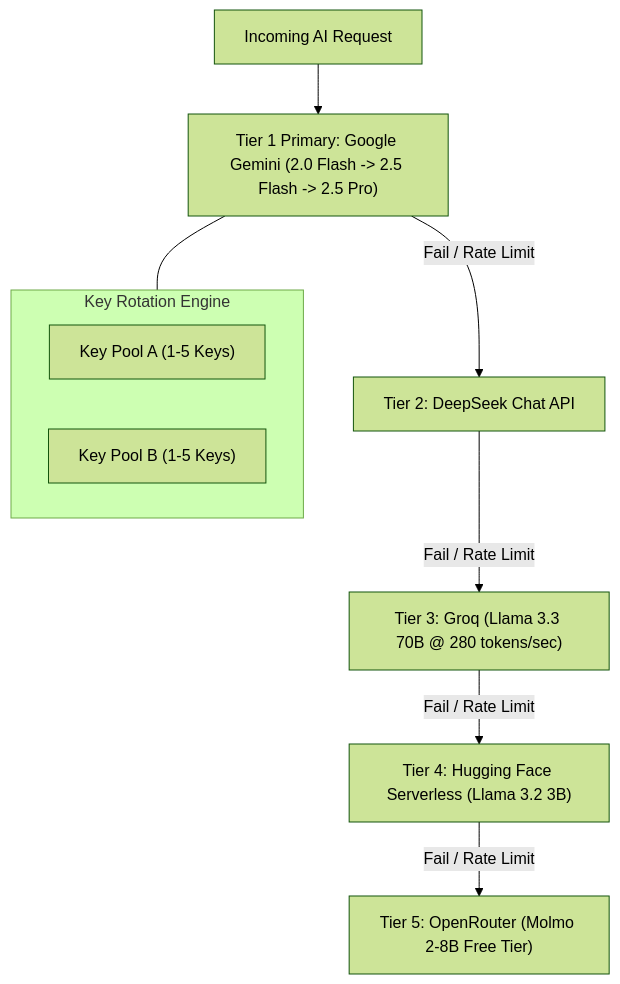
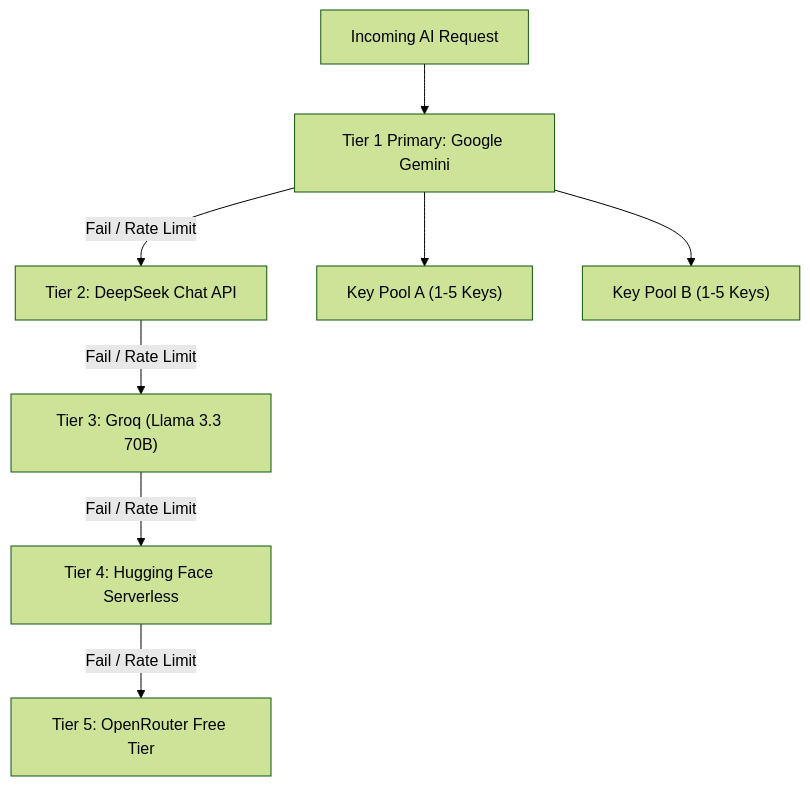
One commit to Qamber02/cherag changed the second of 3 diagrams in README.md. Above: the diagram before and after it, drawn with Mermaid (forest theme). The commit also changed other lines of this file, not shown here.

Commit message:
docs: audit README.md link validity, test numbers, rate limits, schema diagram and mermaid rendering

````diff
--- a/README.md
+++ b/README.md
@@ -214,14 +211,11 @@
 ```mermaid
-graph TD
-    Req["Incoming AI Request"] --> Tier1["Tier 1 Primary: Google Gemini (2.0 Flash -> 2.5 Flash -> 2.5 Pro)"]
+flowchart TD
+    Req["Incoming AI Request"] --> Tier1["Tier 1 Primary: Google Gemini"]
     Tier1 -- "Fail / Rate Limit" --> Tier2["Tier 2: DeepSeek Chat API"]
-    Tier2 -- "Fail / Rate Limit" --> Tier3["Tier 3: Groq (Llama 3.3 70B @ 280 tokens/sec)"]
-    Tier3 -- "Fail / Rate Limit" --> Tier4["Tier 4: Hugging Face Serverless (Llama 3.2 3B)"]
-    Tier4 -- "Fail / Rate Limit" --> Tier5["Tier 5: OpenRouter (Molmo 2-8B Free Tier)"]
+    Tier2 -- "Fail / Rate Limit" --> Tier3["Tier 3: Groq (Llama 3.3 70B)"]
+    Tier3 -- "Fail / Rate Limit" --> Tier4["Tier 4: Hugging Face Serverless"]
+    Tier4 -- "Fail / Rate Limit" --> Tier5["Tier 5: OpenRouter Free Tier"]
 
-    subgraph KeyRotation ["Key Rotation Engine"]
-        K1["Key Pool A (1-5 Keys)"]
-        K2["Key Pool B (1-5 Keys)"]
-    end
-    Tier1 --- KeyRotation
+    Tier1 --> K1["Key Pool A (1-5 Keys)"]
+    Tier1 --> K2["Key Pool B (1-5 Keys)"]
 ```
````
